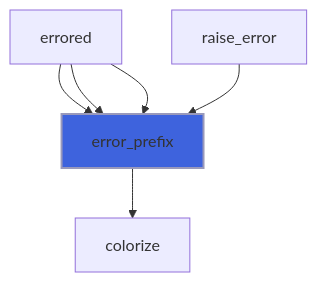
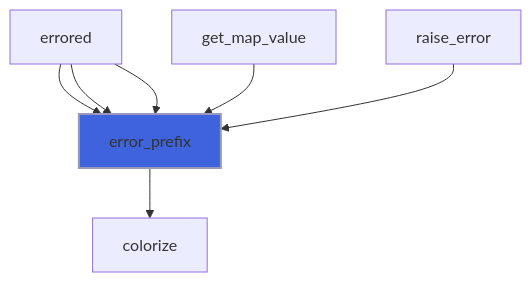
Before and after one commit to szaghi/FLAP: the eighth of 8 diagrams in docs/api/src/lib/flap_object_t.md, drawn with Mermaid. The commit also changed other lines of this file and 16 other files, not shown here.

First line of the commit message:
feat(cla): key=value options, add(map=, map_keys=), get_map

````diff
--- a/docs/api/src/lib/flap_object_t.md
+++ b/docs/api/src/lib/flap_object_t.md
@@ -233,9 +234,10 @@
 ```mermaid
 flowchart TD
   errored["errored"] --> error_prefix["error_prefix"]
   errored["errored"] --> error_prefix["error_prefix"]
   errored["errored"] --> error_prefix["error_prefix"]
+  get_map_value["get_map_value"] --> error_prefix["error_prefix"]
   raise_error["raise_error"] --> error_prefix["error_prefix"]
   error_prefix["error_prefix"] --> colorize["colorize"]
   style error_prefix fill:#3e63dd,stroke:#99b,stroke-width:2px
 ```
````
